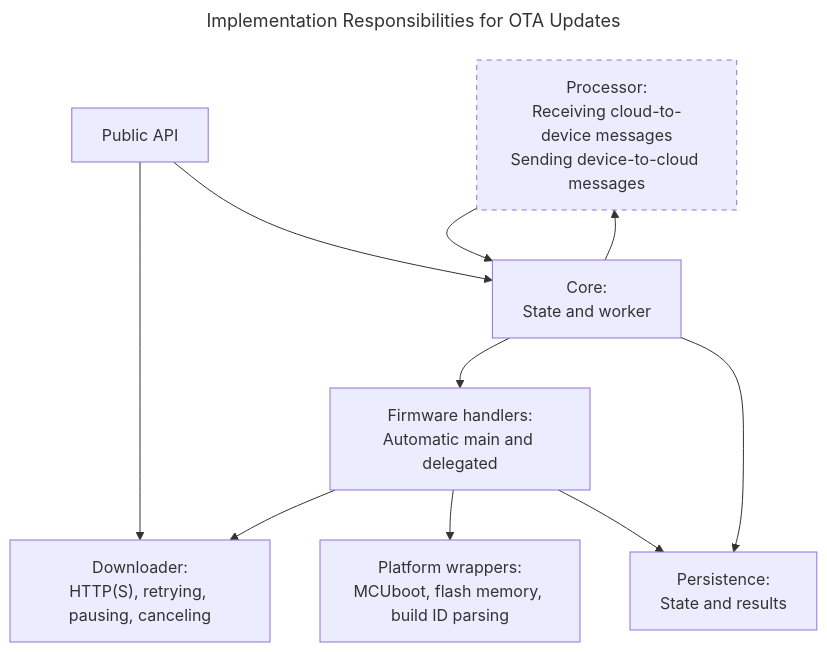
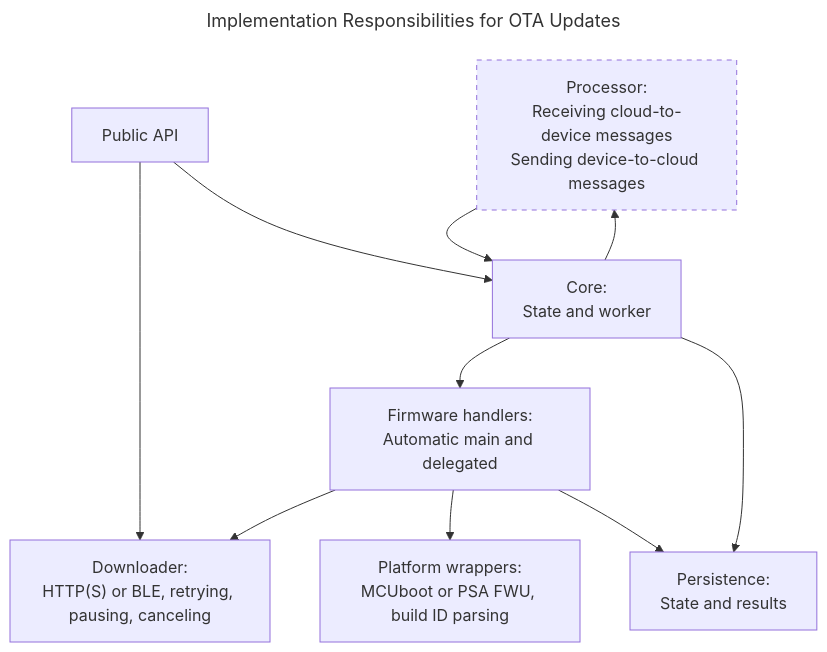
The fourth of 5 diagrams in README.md (spotflow-io/device-sdk), drawn with Mermaid before and after one commit. The commit also changed other lines of this file and 8 other files, not shown here.

````diff
--- a/README.md
+++ b/README.md
@@ -194,25 +197,25 @@
 ```mermaid
 ---
 title: Implementation Responsibilities for OTA Updates
 ---
 flowchart TD
     processor[Processor:<br/>Receiving cloud-to-device messages<br/>Sending device-to-cloud messages]
     facade[Public API]
     core[Core:<br/>State and worker]
     firmware[Firmware handlers:<br/>Automatic main and delegated]
-    downloader["Downloader:<br/>HTTP(S), retrying, pausing, canceling"]
+    downloader["Downloader:<br/>HTTP(S) or BLE, retrying, pausing, canceling"]
     persistence[Persistence:<br/>State and results]
-    platform[Platform wrappers:<br/>MCUboot, flash memory, build ID parsing]
+    platform[Platform wrappers:<br/>MCUboot or PSA FWU, build ID parsing]
 
     style processor stroke-dasharray: 5 5
 
     processor --> core
     facade --> downloader
     facade --> core
     core --> firmware
     core --> persistence
     core --> processor
     firmware --> downloader
     firmware --> platform
     firmware --> persistence
 ```
````
